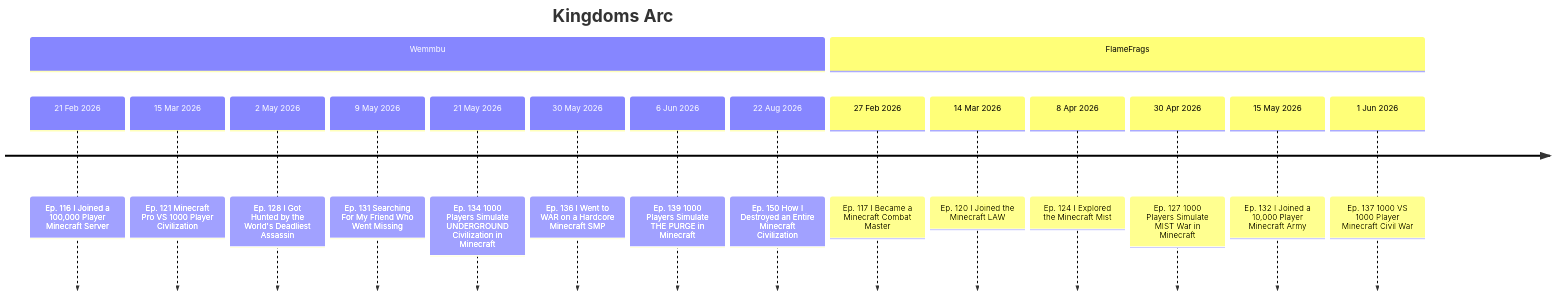
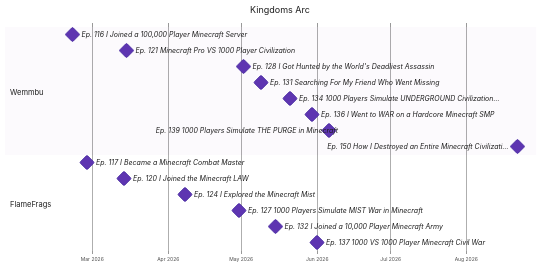
One commit to That1Guy005/Unstable-Wiki changed the diagram in docs/arcs/kingdoms-arc.md. Above: the diagram before and after it, drawn with Mermaid. The commit also changed other lines of this file and 57 other files, not shown here.

Commit message:
feat: improved readability charts

````diff
--- a/docs/arcs/kingdoms-arc.md
+++ b/docs/arcs/kingdoms-arc.md
@@ -23,20 +25,24 @@
 ```mermaid
-timeline
+%%{init: {"theme": "base", "themeVariables": {"fontFamily": "Roboto, Helvetica, Arial, sans-serif", "fontSize": "15px", "primaryTextColor": "#1f1f1f", "textColor": "#1f1f1f", "titleColor": "#1f1f1f", "gridColor": "#d0d0d8", "taskBkgColor": "#5e35b1", "taskBorderColor": "#4527a0", "taskTextColor": "#ffffff", "taskTextLightColor": "#ffffff", "taskTextDarkColor": "#1f1f1f", "taskTextOutsideColor": "#1f1f1f", "taskTextClickableColor": "#1f1f1f", "sectionBkgColor": "#ede7f6", "altSectionBkgColor": "#ffffff", "sectionBkgColor2": "#fff3d6"}, "gantt": {"barHeight": 26, "barGap": 6, "fontSize": 14, "sectionFontSize": 15, "leftPadding": 135, "topPadding": 54, "gridLineStartPadding": 40, "titleTopMargin": 24}, "themeCSS": ".titleText{font-size:20px;font-weight:600;fill:#1f1f1f} .sectionTitle{font-size:15px;font-weight:600;fill:#1f1f1f} .tick text{font-size:13px;fill:#333} .taskText,.taskTextOutsideRight,.taskTextOutsideLeft{font-size:14px} .milestone{fill:#5e35b1;stroke:#4527a0}"}}%%
+gantt
     title Kingdoms Arc
+    dateFormat YYYY-MM-DD
+    axisFormat %b %Y
+    todayMarker off
     section Wemmbu
-        21 Feb 2026 : Ep. 116 I Joined a 100,000 Player Minecraft Server
-        15 Mar 2026 : Ep. 121 Minecraft Pro VS 1000 Player Civilization
-        2 May 2026 : Ep. 128 I Got Hunted by the World's Deadliest Assassin
-        9 May 2026 : Ep. 131 Searching For My Friend Who Went Missing
-        21 May 2026 : Ep. 134 1000 Players Simulate UNDERGROUND Civilization in Minecraft
-        30 May 2026 : Ep. 136 I Went to WAR on a Hardcore Minecraft SMP
-        6 Jun 2026 : Ep. 139 1000 Players Simulate THE PURGE in Minecraft
-        22 Aug 2026 : Ep. 150 How I Destroyed an Entire Minecraft Civilization
+    Ep. 116 I Joined a 100,000 Player Minecraft Server : milestone, m0, 2026-02-21, 0d
+    Ep. 121 Minecraft Pro VS 1000 Player Civilization : milestone, m1, 2026-03-15, 0d
+    Ep. 128 I Got Hunted by the World's Deadliest Assassin : milestone, m2, 2026-05-02, 0d
+    Ep. 131 Searching For My Friend Who Went Missing : milestone, m3, 2026-05-09, 0d
+    Ep. 134 1000 Players Simulate UNDERGROUND Civilization… : milestone, m4, 2026-05-21, 0d
+    Ep. 136 I Went to WAR on a Hardcore Minecraft SMP : milestone, m5, 2026-05-30, 0d
+    Ep. 139 1000 Players Simulate THE PURGE in Minecraft : milestone, m6, 2026-06-06, 0d
+    Ep. 150 How I Destroyed an Entire Minecraft Civilizati… : milestone, m7, 2026-08-22, 0d
     section FlameFrags
-        27 Feb 2026 : Ep. 117 I Became a Minecraft Combat Master
-        14 Mar 2026 : Ep. 120 I Joined the Minecraft LAW
-        8 Apr 2026 : Ep. 124 I Explored the Minecraft Mist
-        30 Apr 2026 : Ep. 127 1000 Players Simulate MIST War in Minecraft
-        15 May 2026 : Ep. 132 I Joined a 10,000 Player Minecraft Army
-        1 Jun 2026 : Ep. 137 1000 VS 1000 Player Minecraft Civil War
+    Ep. 117 I Became a Minecraft Combat Master : milestone, m8, 2026-02-27, 0d
+    Ep. 120 I Joined the Minecraft LAW : milestone, m9, 2026-03-14, 0d
+    Ep. 124 I Explored the Minecraft Mist : milestone, m10, 2026-04-08, 0d
+    Ep. 127 1000 Players Simulate MIST War in Minecraft : milestone, m11, 2026-04-30, 0d
+    Ep. 132 I Joined a 10,000 Player Minecraft Army : milestone, m12, 2026-05-15, 0d
+    Ep. 137 1000 VS 1000 Player Minecraft Civil War : milestone, m13, 2026-06-01, 0d
 ```
````
